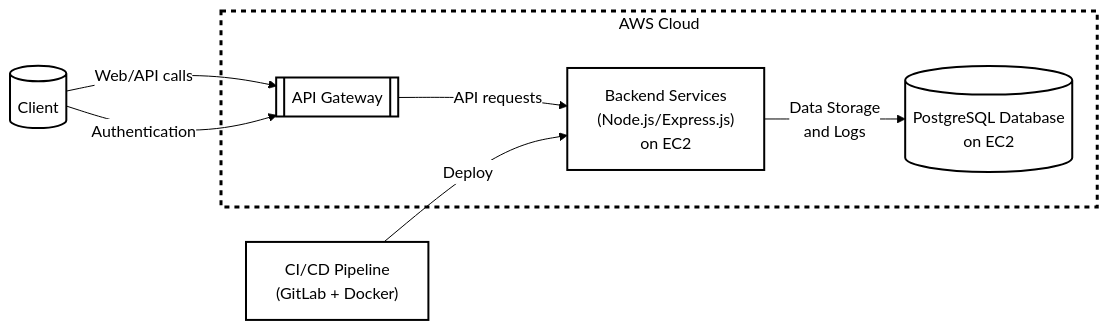
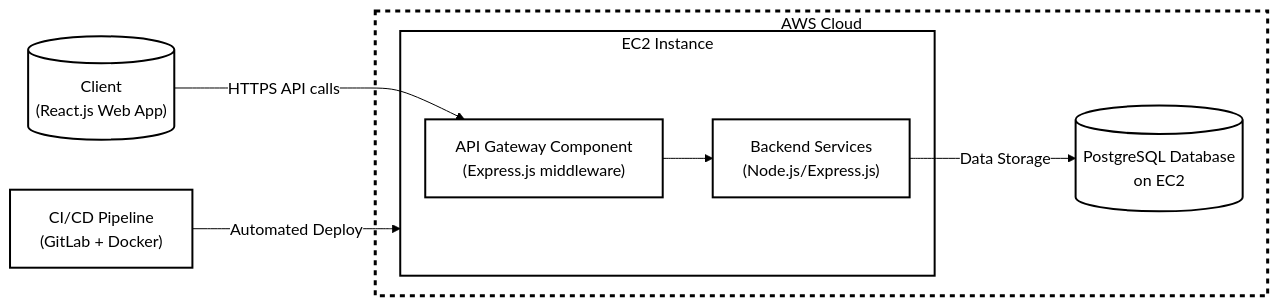
Before and after one commit to TezukaStar/employee-leave-management-system: the diagram in diagrams/mermaid/system-achiteture.mmd, drawn with Mermaid. The commit also changed 17 other files, not shown here.

Commit message:
update doc and diagram

```diff
--- a/diagrams/mermaid/system-achiteture.mmd
+++ b/diagrams/mermaid/system-achiteture.mmd
@@ -1,38 +1,30 @@
 %%{init: {'theme': 'base', 'themeVariables': {'primaryColor': '#ffffff', 'primaryTextColor': '#000000', 'primaryBorderColor': '#000000', 'lineColor': '#000000', 'secondaryColor': '#ffffff', 'tertiaryColor': '#ffffff', 'fontSize': '16px'}, 'layout': 'fixed'} }%%
 
 flowchart LR
-    %% Main Components
-    Client[("Client")]:::whiteBox
+    Client[("Client
+    (React.js Web App)")]:::whiteBox
     
-    %% AWS Cloud
     subgraph AWS["AWS Cloud"]
-        APIGateway[["API Gateway"]]:::whiteBox
+        subgraph EC2Instance["EC2 Instance"]
+            APIGateway["API Gateway Component
+            (Express.js middleware)"]:::whiteBox
+            BackendServices["Backend Services
+            (Node.js/Express.js)"]:::whiteBox
+        end
         
-        %% Backend Services - Simplified
-        BackendServices["Backend Services
-        (Node.js/Express.js)
-        on EC2"]:::whiteBox
-        
-        %% Database
         Database[(PostgreSQL Database
         on EC2)]:::whiteBox
     end
     
-    %% CI/CD
     CICD["CI/CD Pipeline
     (GitLab + Docker)"]:::whiteBox
     
-    %% Main Connections
-    Client -- "Web/API calls" --> APIGateway
-    Client -- "Authentication" --> APIGateway
-    
-    APIGateway -- "API requests" --> BackendServices
-    
-    BackendServices -- "Data Storage
-    and Logs" --> Database
-    
-    CICD -- "Deploy" --> BackendServices
+    Client -- "HTTPS API calls" --> APIGateway
+    APIGateway --> BackendServices
+    BackendServices -- "Data Storage" --> Database
+    CICD -- "Automated Deploy" --> EC2Instance
     
     %% Styles
     classDef whiteBox fill:#ffffff,stroke:#000000,stroke-width:2px,color:#000000
     style AWS fill:#ffffff,stroke:#000000,stroke-width:3px,color:#000000,stroke-dasharray: 5 5
+    style EC2Instance fill:#ffffff,stroke:#000000,stroke-width:2px,color:#000000
```
